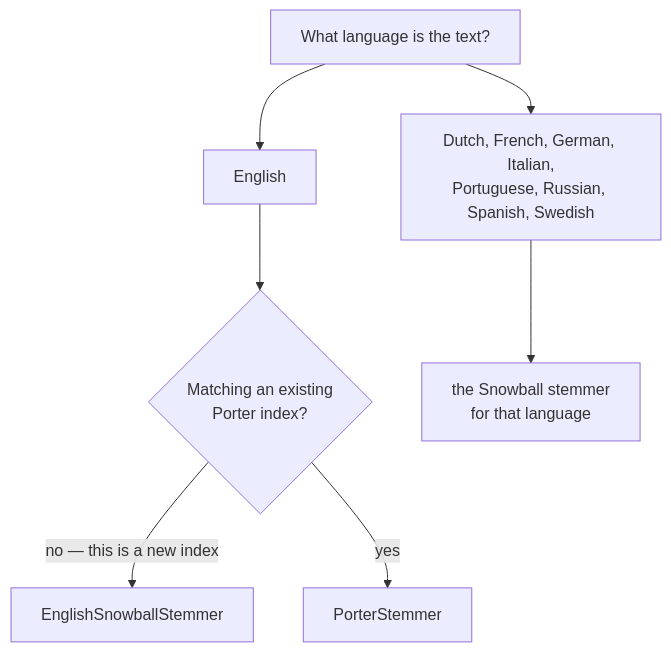
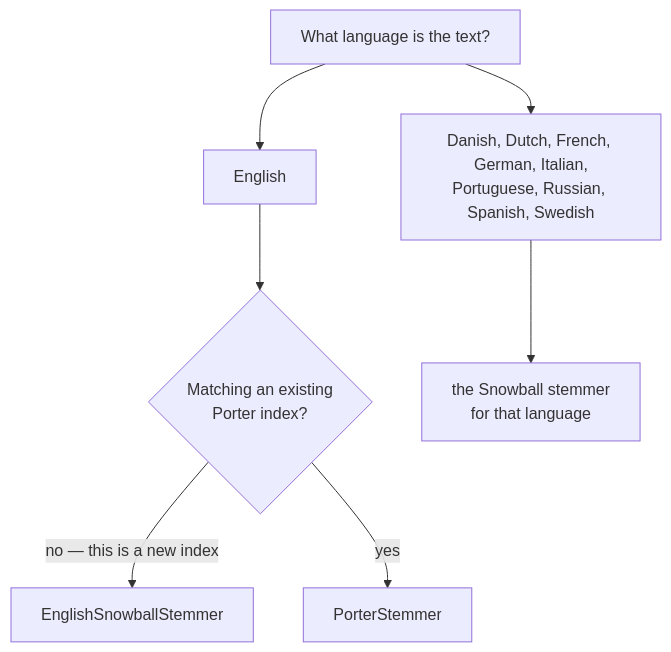
One commit to CyrilB1531/lodestar changed the diagram in docs/reference/text/stemming.md. Above: the diagram before and after it, drawn with Mermaid. The commit also changed other lines of this file and 16 other files, not shown here.

````diff
--- a/docs/reference/text/stemming.md
+++ b/docs/reference/text/stemming.md
@@ -12,9 +12,9 @@
 ```mermaid
 flowchart TD
     A["What language is the text?"] --> B["English"]
-    A --> C["Dutch, French, German, Italian,<br/>Portuguese, Russian, Spanish, Swedish"]
+    A --> C["Danish, Dutch, French, German, Italian,<br/>Portuguese, Russian, Spanish, Swedish"]
     B --> D{"Matching an existing<br/>Porter index?"}
     D -->|"no — this is a new index"| E["EnglishSnowballStemmer"]
     D -->|"yes"| F["PorterStemmer"]
     C --> G["the Snowball stemmer<br/>for that language"]
 ```
````
